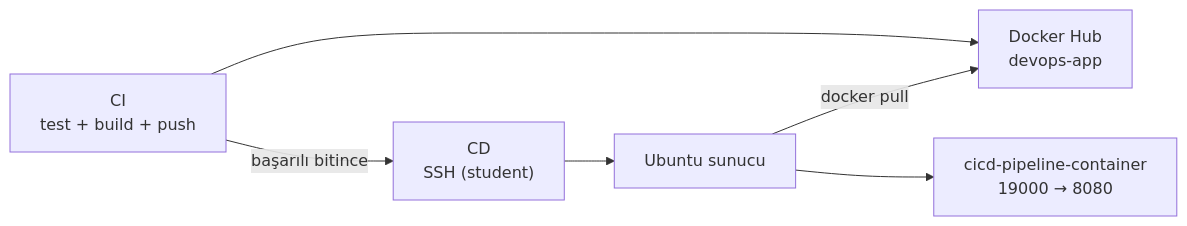
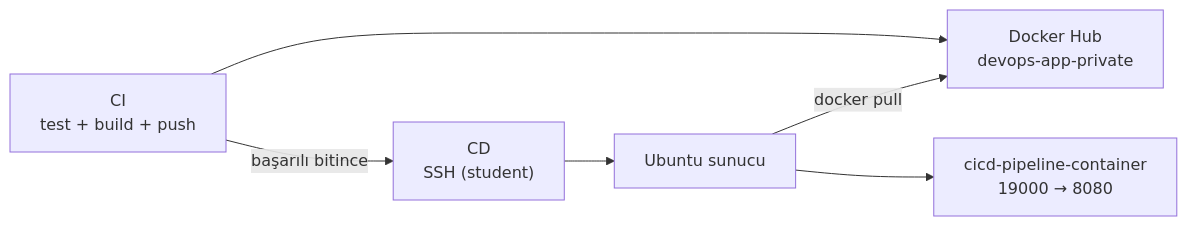
One commit to hakanbayraktar/ci-cd-docker changed the diagram in README.md. Above: the diagram before and after it, drawn with Mermaid. The commit also changed other lines of this file and 2 other files, not shown here.

First line of the commit message:
Use devops-app-private image; shorten README

````diff
--- a/README.md
+++ b/README.md
@@ -8,8 +5,8 @@
 ```mermaid
 flowchart LR
-    C["CI<br/>test + build + push"] --> H["Docker Hub<br/>devops-app"]
+    C["CI<br/>test + build + push"] --> H["Docker Hub<br/>devops-app-private"]
     C -- "başarılı bitince" --> D["CD<br/>SSH (student)"]
     D --> S["Ubuntu sunucu"]
     S -- "docker pull" --> H
     S --> K["cicd-pipeline-container<br/>19000 → 8080"]
 ```
````
